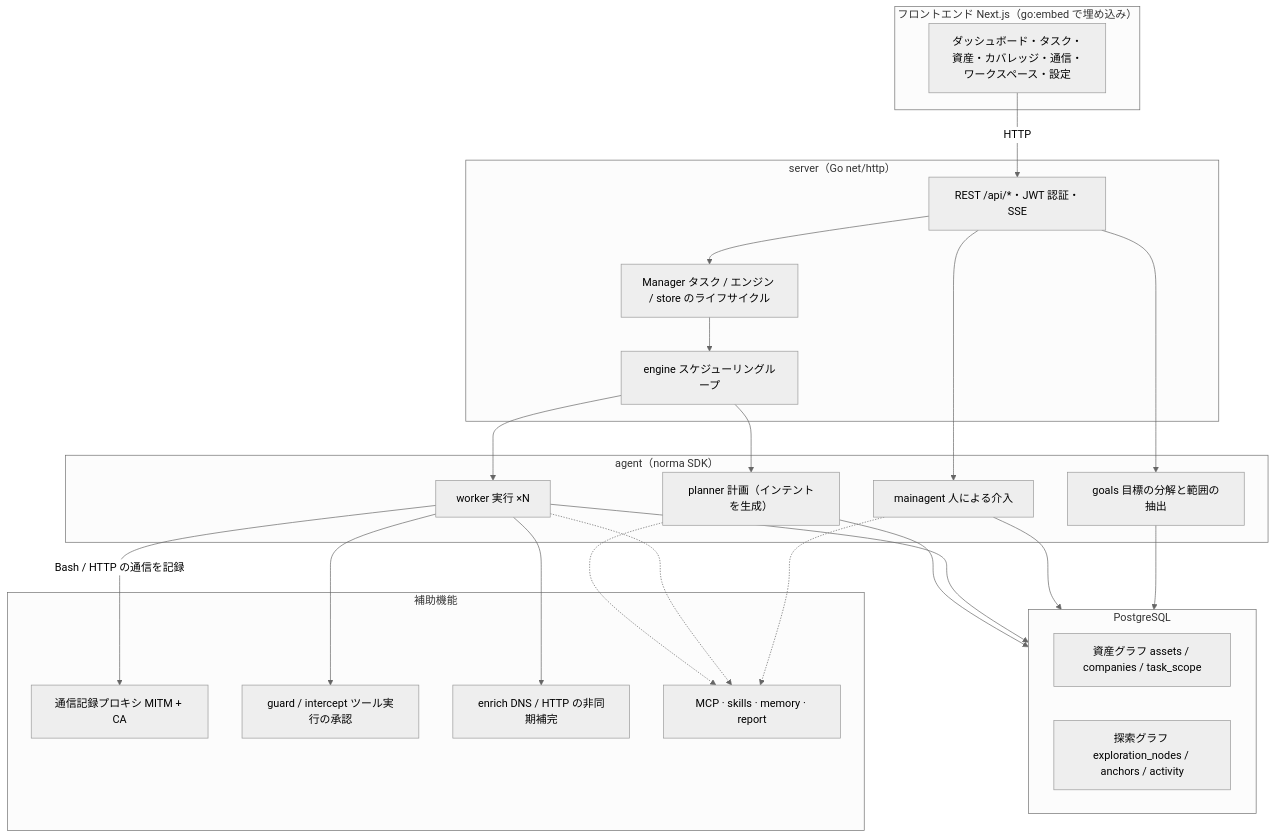
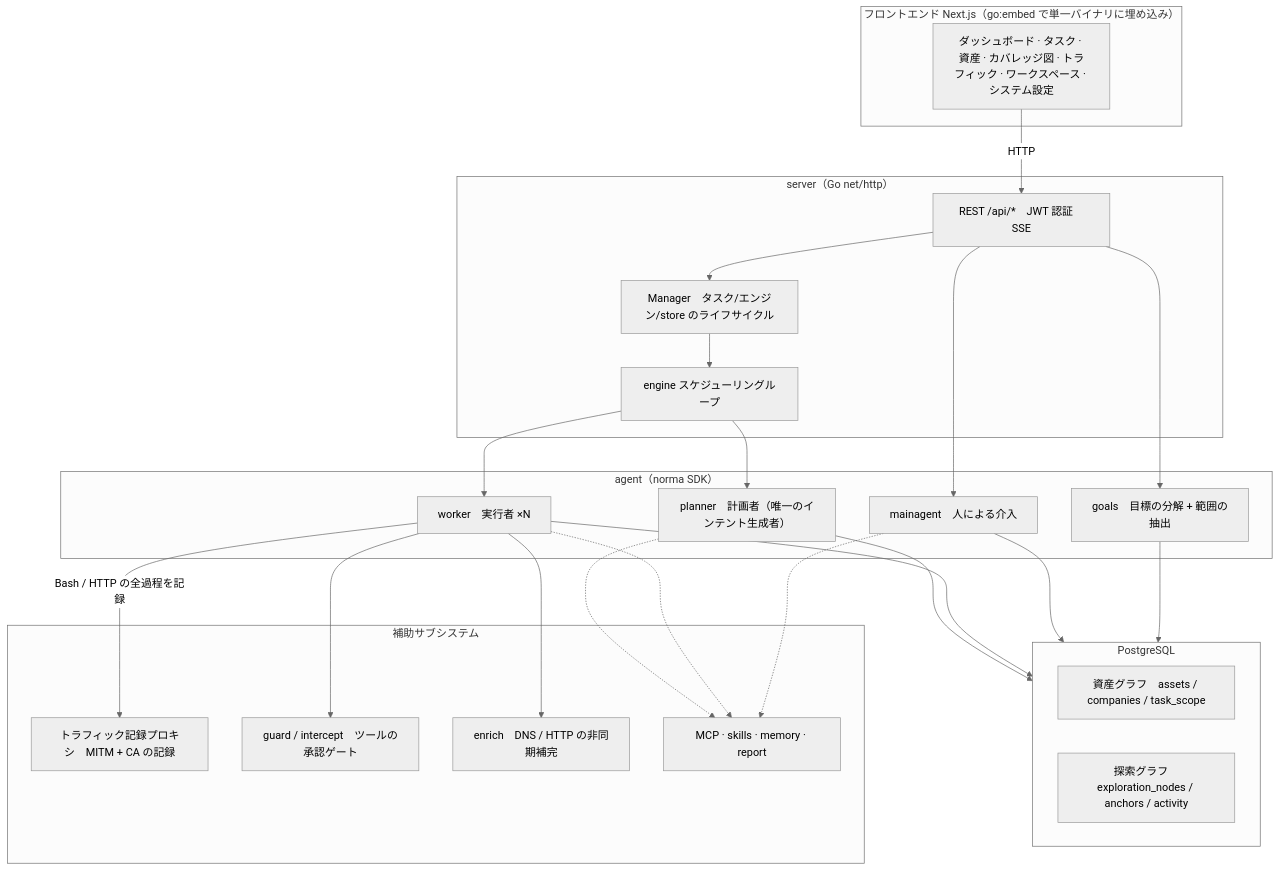
Before and after one commit to hara-kazu/ARTEX-Japanese: the first of 5 diagrams in README.md, drawn with Mermaid (neutral theme). The commit also changed other lines of this file and 85 other files, not shown here.

````diff
--- a/README.md
+++ b/README.md
@@ -368,43 +303,44 @@
 ```mermaid
 flowchart TB
-  subgraph FE["フロントエンド Next.js（go:embed で埋め込み）"]
-    UI["ダッシュボード・タスク・資産・カバレッジ・通信・ワークスペース・設定"]
+  subgraph FE["フロントエンド Next.js（go:embed で単一バイナリに埋め込み）"]
+    UI["ダッシュボード · タスク · 資産 · カバレッジ図 · トラフィック · ワークスペース · システム設定"]
   end
   subgraph SRV["server（Go net/http）"]
-    API["REST /api/*・JWT 認証・SSE"]
+    API["REST /api/*　JWT 認証　SSE"]
     ENG["engine スケジューリングループ"]
-    MGR["Manager タスク / エンジン / store のライフサイクル"]
+    MGR["Manager　タスク/エンジン/store のライフサイクル"]
   end
   subgraph AG["agent（norma SDK）"]
-    GO["goals 目標の分解と範囲の抽出"]
-    PL["planner 計画（インテントを生成）"]
-    WK["worker 実行 ×N"]
-    MA["mainagent 人による介入"]
+    GO["goals　目標の分解 + 範囲の抽出"]
+    PL["planner　計画者（唯一のインテント生成者）"]
+    WK["worker　実行者 ×N"]
+    MA["mainagent　人による介入"]
   end
   subgraph DB["PostgreSQL"]
-    AGRAPH["資産グラフ assets / companies / task_scope"]
-    EGRAPH["探索グラフ exploration_nodes / anchors / activity"]
+    AGRAPH["資産グラフ　assets / companies / task_scope"]
+    EGRAPH["探索グラフ　exploration_nodes / anchors / activity"]
   end
-  subgraph SUB["補助機能"]
-    PROXY["通信記録プロキシ MITM + CA"]
-    GUARD["guard / intercept ツール実行の承認"]
-    ENR["enrich DNS / HTTP の非同期補完"]
+  subgraph SUB["補助サブシステム"]
+    PROXY["トラフィック記録プロキシ　MITM + CA の記録"]
+    GUARD["guard / intercept　ツールの承認ゲート"]
+    ENR["enrich　DNS / HTTP の非同期補完"]
     EXT["MCP · skills · memory · report"]
   end
+
   UI -->|HTTP| API
   API --> MGR --> ENG
   ENG --> PL
   ENG --> WK
   API --> MA
   API --> GO
   PL --> DB
   WK --> DB
   MA --> DB
   GO --> DB
-  WK -->|"Bash / HTTP の通信を記録"| PROXY
+  WK -->|"Bash / HTTP の全過程を記録"| PROXY
   WK --> GUARD
   WK --> ENR
   PL -.-> EXT
   WK -.-> EXT
   MA -.-> EXT
 ```
````
